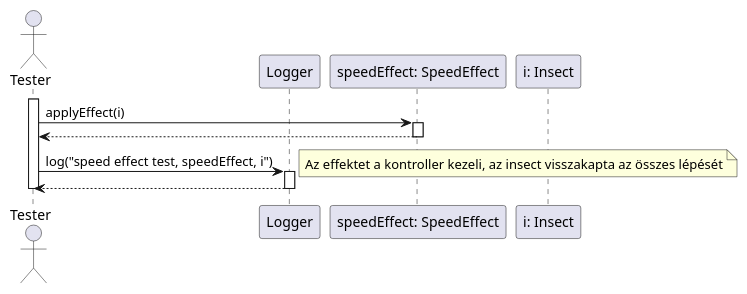
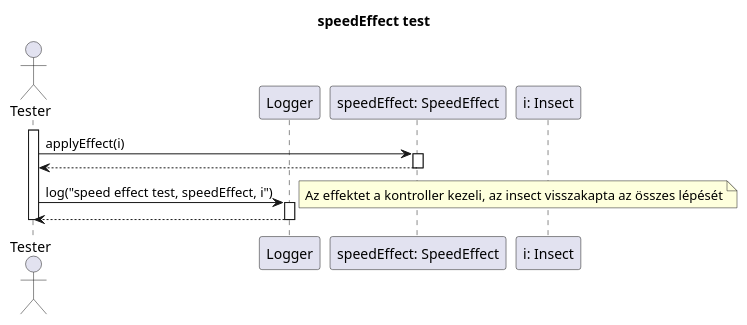
Before and after one commit to dzsem/projlab: the diagram in diagrams/test-sequence/speedEffect.plantuml, drawn with PlantUML. The commit also changed 2 other files, not shown here.

```diff
--- a/diagrams/test-sequence/speedEffect.plantuml
+++ b/diagrams/test-sequence/speedEffect.plantuml
@@ -1,26 +1,28 @@
 @startuml speedEffect
+
+title speedEffect test
 
 actor Tester as tester
 
 participant "Logger" as logger
 participant "speedEffect: SpeedEffect" as speed
 participant "i: Insect" as insect
 
 activate tester
 
 tester -> speed: applyEffect(i)
 activate speed
 
 speed --> tester
 deactivate speed
 
 tester -> logger: log("speed effect test, speedEffect, i")
 note right: Az effektet a kontroller kezeli, az insect visszakapta az összes lépését
 activate logger
 
 logger--> tester
 deactivate logger
 
 deactivate tester
 
 @enduml
```
